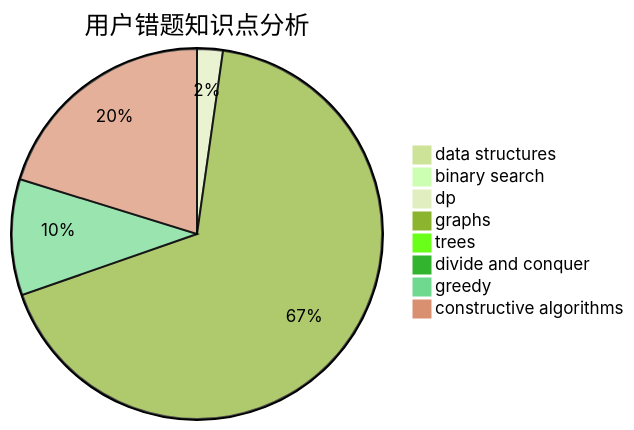
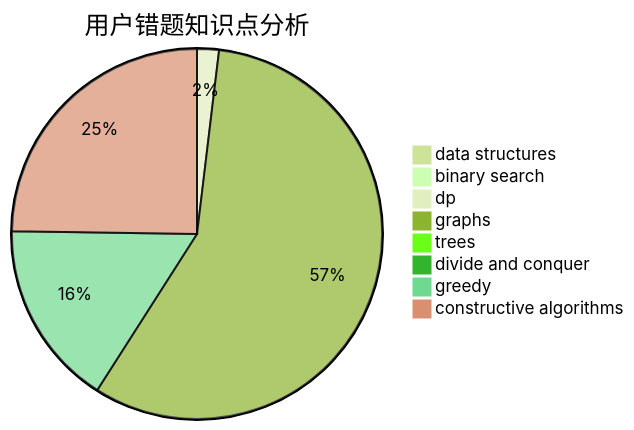
Before and after one commit to sherpahu/cfrs.github.io: the third of 3 diagrams in docs/user/u1967.md, drawn with Mermaid (forest theme). The commit also changed other lines of this file and 2770 other files, not shown here.

````diff
--- a/docs/user/u1967.md
+++ b/docs/user/u1967.md
@@ -36,11 +36,11 @@
 ```mermaid
 pie title 用户错题知识点分析
     "data structures" :  0
     "binary search" :  0
     "dp" :  2
     "graphs" :  60
     "trees" :  0
     "divide and conquer" :  0
-    "greedy" :  9
-    "constructive algorithms" :  18
+    "greedy" :  17
+    "constructive algorithms" :  26
 ```
````
